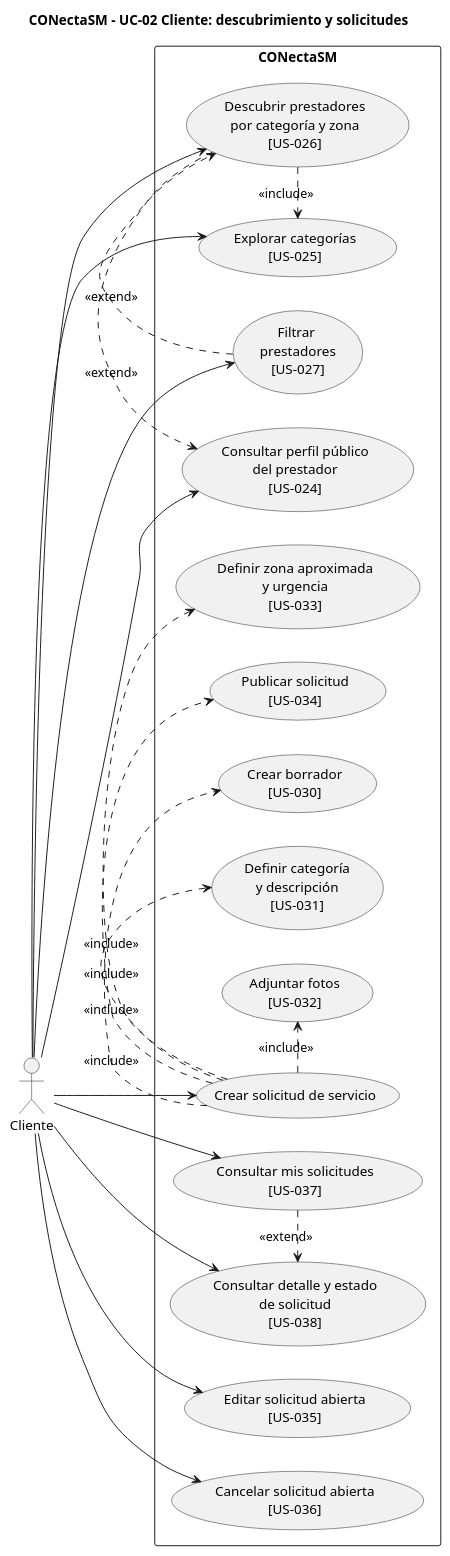
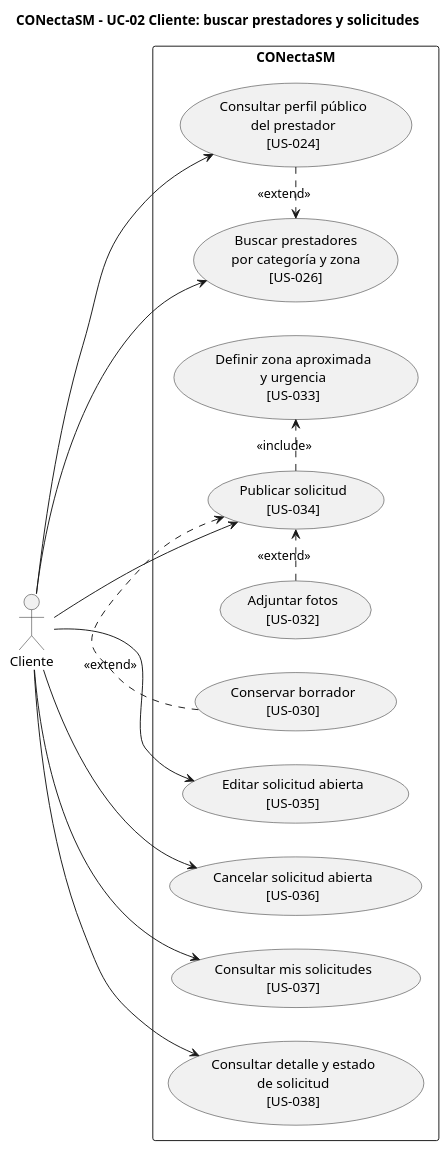
One commit to JsMartinez-dev/proyecto-diseno-ingenieria changed the diagram in FASE-4-Prototipar/08-Casos-de-Uso/Caso-de-uso-2/02_cliente_descubrimiento_solicitudes.puml. Above: the diagram before and after it, drawn with PlantUML. The commit also changed 21 other files, not shown here.

```diff
--- a/FASE-4-Prototipar/08-Casos-de-Uso/Caso-de-uso-2/02_cliente_descubrimiento_solicitudes.puml
+++ b/FASE-4-Prototipar/08-Casos-de-Uso/Caso-de-uso-2/02_cliente_descubrimiento_solicitudes.puml
@@ -1,51 +1,39 @@
 @startuml
-title CONectaSM - UC-02 Cliente: descubrimiento y solicitudes
+title CONectaSM - UC-02 Cliente: buscar prestadores y solicitudes
 left to right direction
 skinparam packageStyle rectangle
 skinparam shadowing false
 
 actor "Cliente" as Cliente
 
 rectangle "CONectaSM" {
-  usecase "Explorar categorías\n[US-025]" as UC025
-  usecase "Descubrir prestadores\npor categoría y zona\n[US-026]" as UC026
-  usecase "Filtrar \nprestadores\n[US-027]" as UC027
+  usecase "Buscar prestadores\npor categoría y zona\n[US-026]" as UC026
   usecase "Consultar perfil público\ndel prestador\n[US-024]" as UC024
 
-  usecase "Crear solicitud de servicio" as CrearSolicitud
-  usecase "Crear borrador\n[US-030]" as UC030
-  usecase "Definir categoría\ny descripción\n[US-031]" as UC031
   usecase "Adjuntar fotos\n[US-032]" as UC032
   usecase "Definir zona aproximada\ny urgencia\n[US-033]" as UC033
   usecase "Publicar solicitud\n[US-034]" as UC034
+  usecase "Conservar borrador\n[US-030]" as UC030
 
   usecase "Editar solicitud abierta\n[US-035]" as UC035
   usecase "Cancelar solicitud abierta\n[US-036]" as UC036
   usecase "Consultar mis solicitudes\n[US-037]" as UC037
   usecase "Consultar detalle y estado\nde solicitud\n[US-038]" as UC038
 }
 
-Cliente --> UC025
 Cliente --> UC026
-Cliente --> UC027
 Cliente --> UC024
-Cliente --> CrearSolicitud
+Cliente --> UC034
 Cliente --> UC035
 Cliente --> UC036
 Cliente --> UC037
 Cliente --> UC038
 
-UC026 .> UC025 : <<include>>
-UC027 .> UC026 : <<extend>>
-UC026 .> UC024 : <<extend>>
+UC024 .> UC026 : <<extend>>
 
-CrearSolicitud .> UC030 : <<include>>
-CrearSolicitud .> UC031 : <<include>>
-CrearSolicitud .> UC032 : <<include>>
-CrearSolicitud .> UC033 : <<include>>
-CrearSolicitud .> UC034 : <<include>>
-
-UC037 .> UC038 : <<extend>>
+UC034 .> UC033 : <<include>>
+UC032 .> UC034 : <<extend>>
+UC030 .> UC034 : <<extend>>
 
 
 @enduml
```
